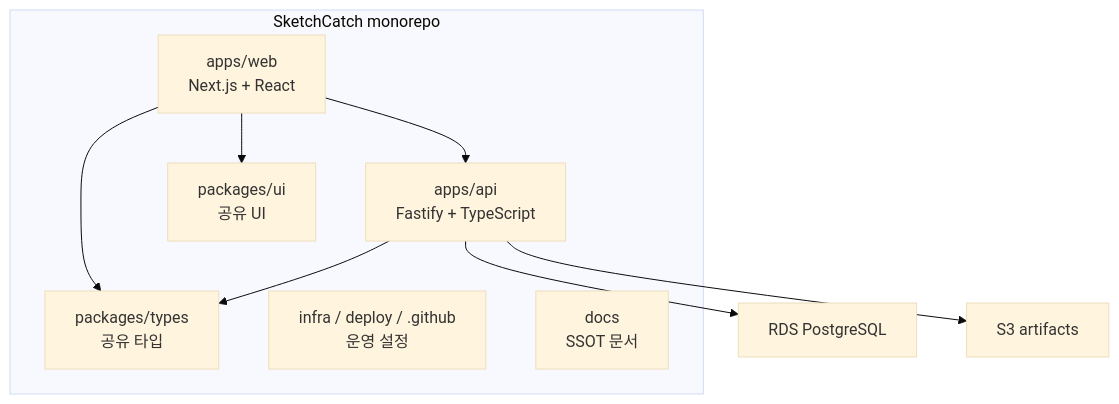
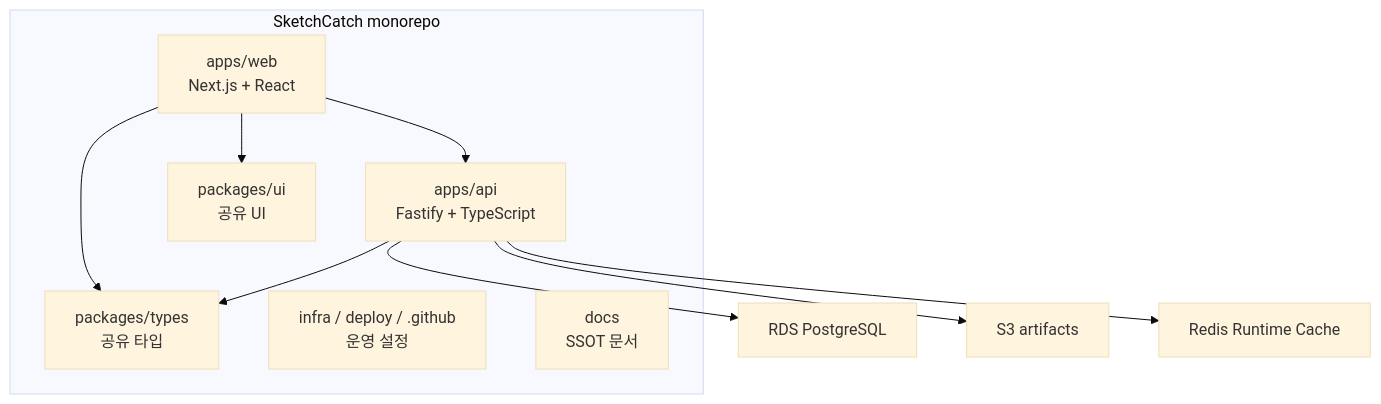
One commit to NearthYou/SketchCatch changed the first of 2 diagrams in docs/architecture.md. Above: the diagram before and after it, drawn with Mermaid (base theme). The commit also changed other lines of this file and 14 other files, not shown here.

````diff
--- a/docs/architecture.md
+++ b/docs/architecture.md
@@ -7,18 +7,19 @@
 ```mermaid
 flowchart TB
   subgraph Repo["SketchCatch monorepo"]
     Web["apps/web\nNext.js + React"]
     Api["apps/api\nFastify + TypeScript"]
     UI["packages/ui\n공유 UI"]
     Types["packages/types\n공유 타입"]
     Infra["infra / deploy / .github\n운영 설정"]
     Docs["docs\nSSOT 문서"]
   end
 
   Web --> Types
   Web --> UI
   Web --> Api
   Api --> Types
   Api --> RDS["RDS PostgreSQL"]
   Api --> S3["S3 artifacts"]
+  Api --> Cache["Redis Runtime Cache"]
 ```
````
